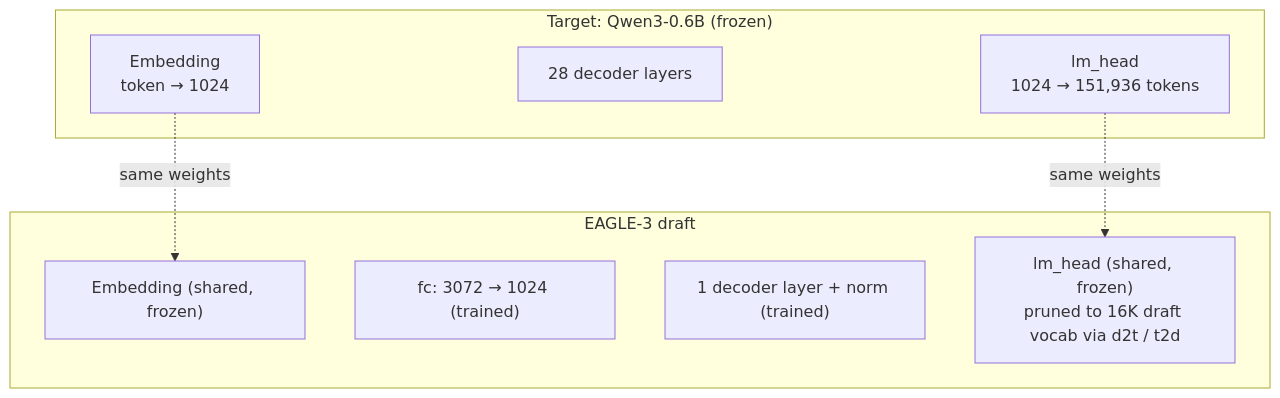
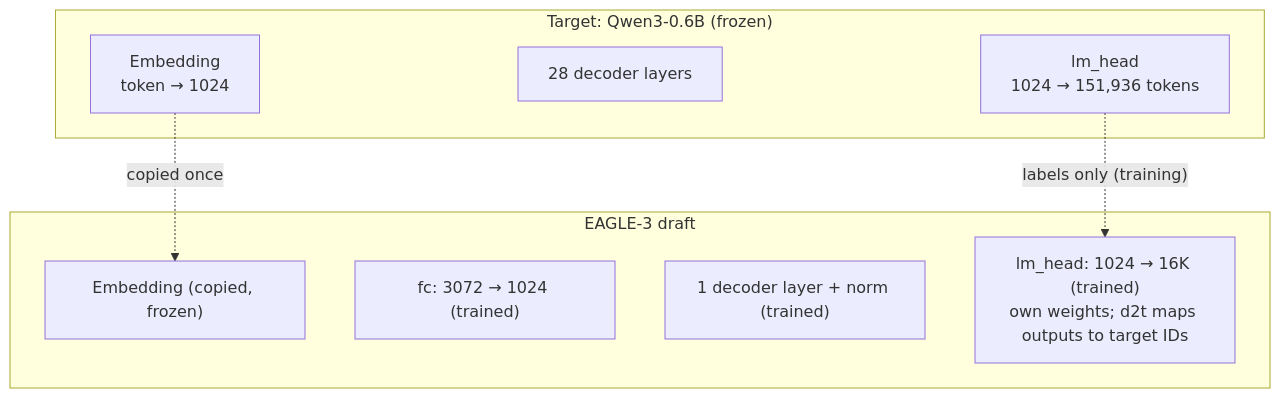
One commit to Gauravp2104/rl-spec-decoding changed the second of 6 diagrams in docs/concepts/draft_target_interaction.md. Above: the diagram before and after it, drawn with Mermaid. The commit also changed other lines of this file and 11 other files, not shown here.

Commit message:
added draft config, mock vocab mapping, ran draft tests + added more docs

````diff
--- a/docs/concepts/draft_target_interaction.md
+++ b/docs/concepts/draft_target_interaction.md
@@ -42,16 +42,16 @@
 ```mermaid
 flowchart TB
     subgraph Target["Target: Qwen3-0.6B (frozen)"]
         TE["Embedding<br/>token → 1024"]
         TL["28 decoder layers"]
         TH["lm_head<br/>1024 → 151,936 tokens"]
     end
     subgraph Draft["EAGLE-3 draft"]
-        DE["Embedding (shared, frozen)"]
+        DE["Embedding (copied, frozen)"]
         FC["fc: 3072 → 1024 (trained)"]
         DL["1 decoder layer + norm (trained)"]
-        DH["lm_head (shared, frozen)<br/>pruned to 16K draft vocab via d2t / t2d"]
+        DH["lm_head: 1024 → 16K (trained)<br/>own weights; d2t maps outputs to target IDs"]
     end
-    TE -. "same weights" .-> DE
-    TH -. "same weights" .-> DH
+    TE -. "copied once" .-> DE
+    TH -. "labels only (training)" .-> DH
 ```
````
